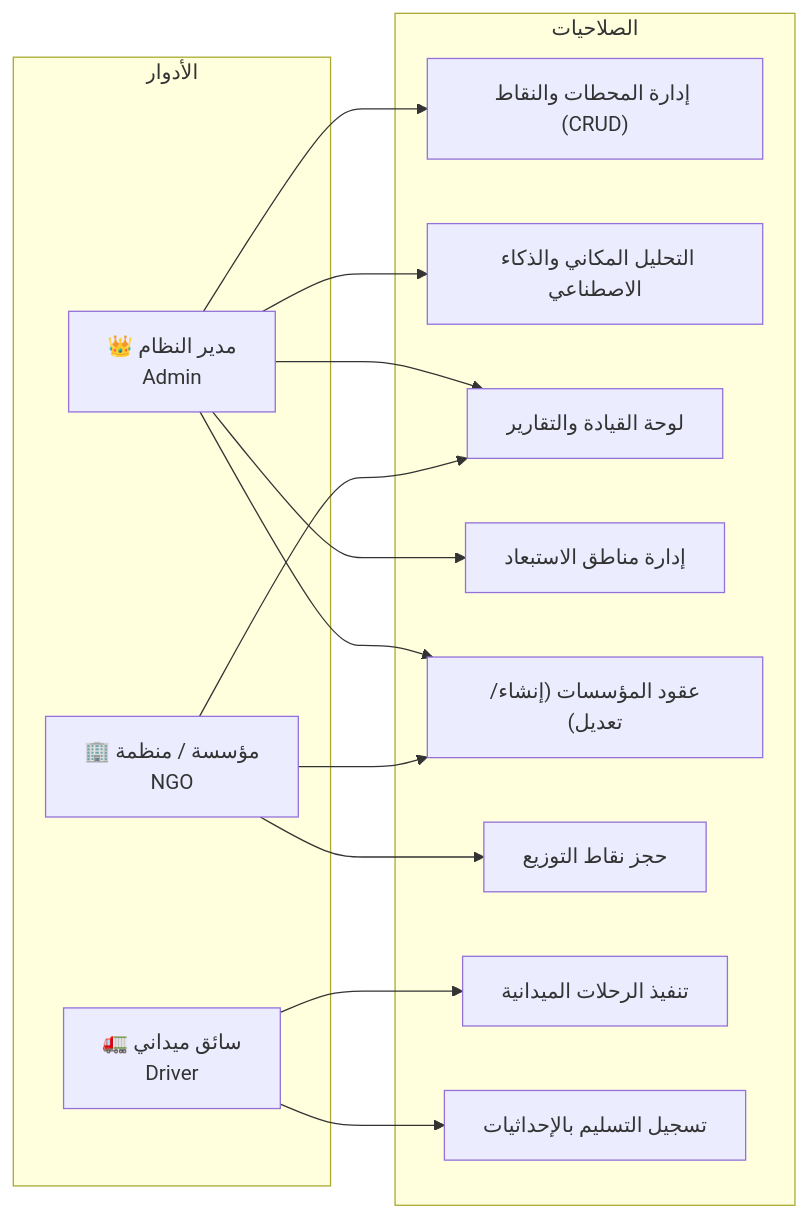
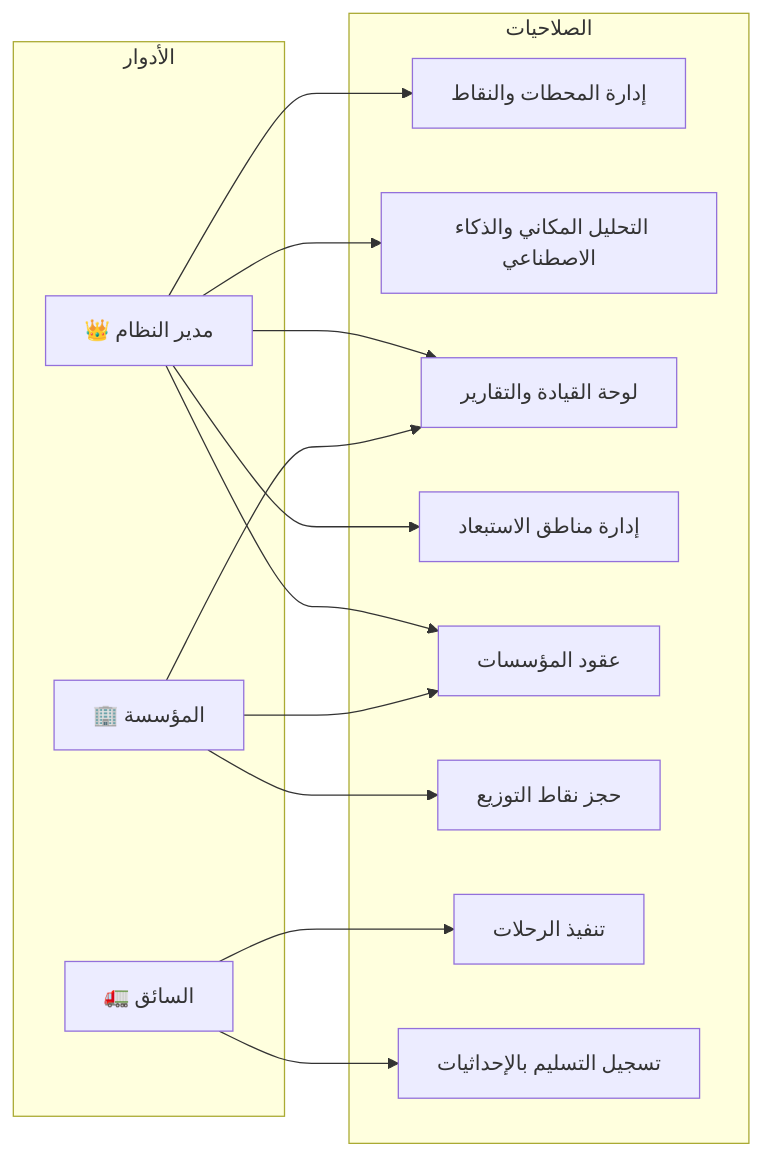
The second of 3 diagrams in README.md (anasashqar/WaterSyncGaza), drawn with Mermaid before and after one commit. The commit also changed other lines of this file, not shown here.

````diff
--- a/README.md
+++ b/README.md
@@ -200,23 +208,23 @@
 ```mermaid
 graph LR
     subgraph "الأدوار"
-        AD["👑 مدير النظام<br/>Admin"]
-        NGO["🏢 مؤسسة / منظمة<br/>NGO"]
-        DR["🚛 سائق ميداني<br/>Driver"]
+        AD["👑 مدير النظام"]
+        NGO["🏢 المؤسسة"]
+        DR["🚛 السائق"]
     end
 
     subgraph "الصلاحيات"
-        S1["إدارة المحطات والنقاط (CRUD)"]
+        S1["إدارة المحطات والنقاط"]
         S2["التحليل المكاني والذكاء الاصطناعي"]
         S3["لوحة القيادة والتقارير"]
         S4["إدارة مناطق الاستبعاد"]
-        S5["عقود المؤسسات (إنشاء/تعديل)"]
+        S5["عقود المؤسسات"]
         S6["حجز نقاط التوزيع"]
-        S7["تنفيذ الرحلات الميدانية"]
+        S7["تنفيذ الرحلات"]
         S8["تسجيل التسليم بالإحداثيات"]
     end
 
     AD --> S1 & S2 & S3 & S4 & S5
     NGO --> S3 & S5 & S6
     DR --> S7 & S8
 ```
````
